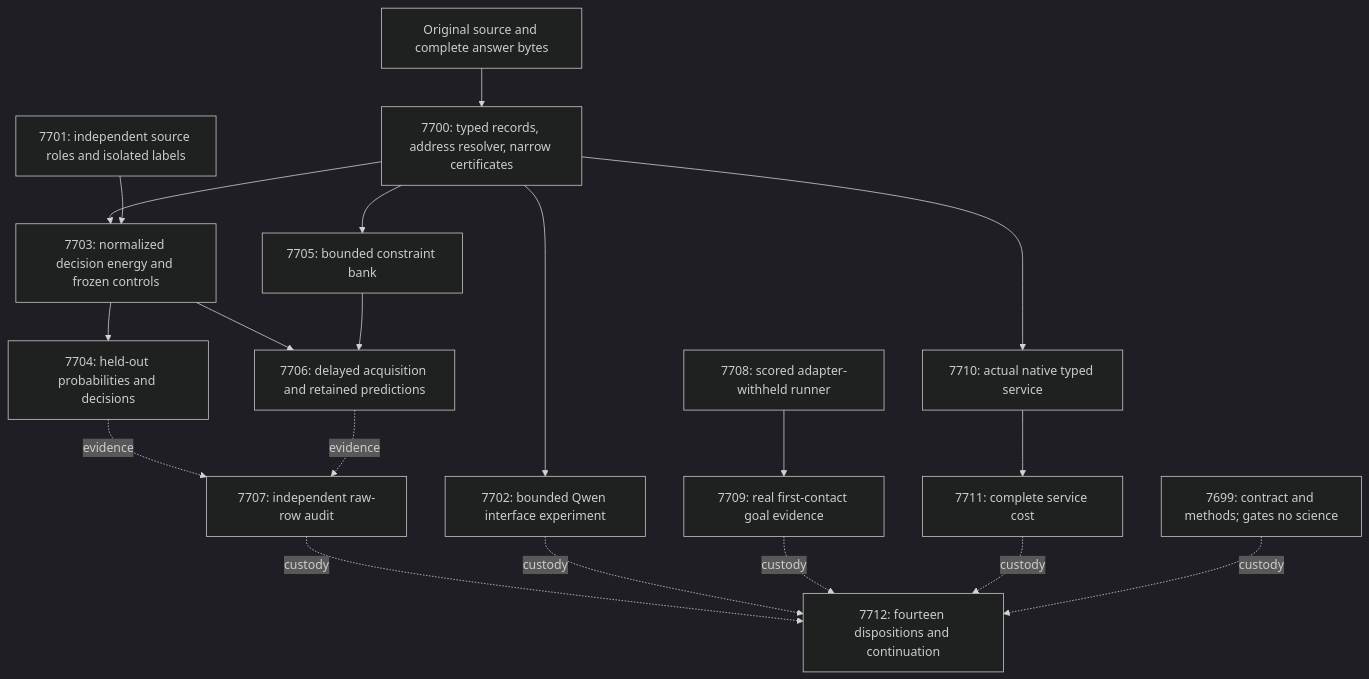
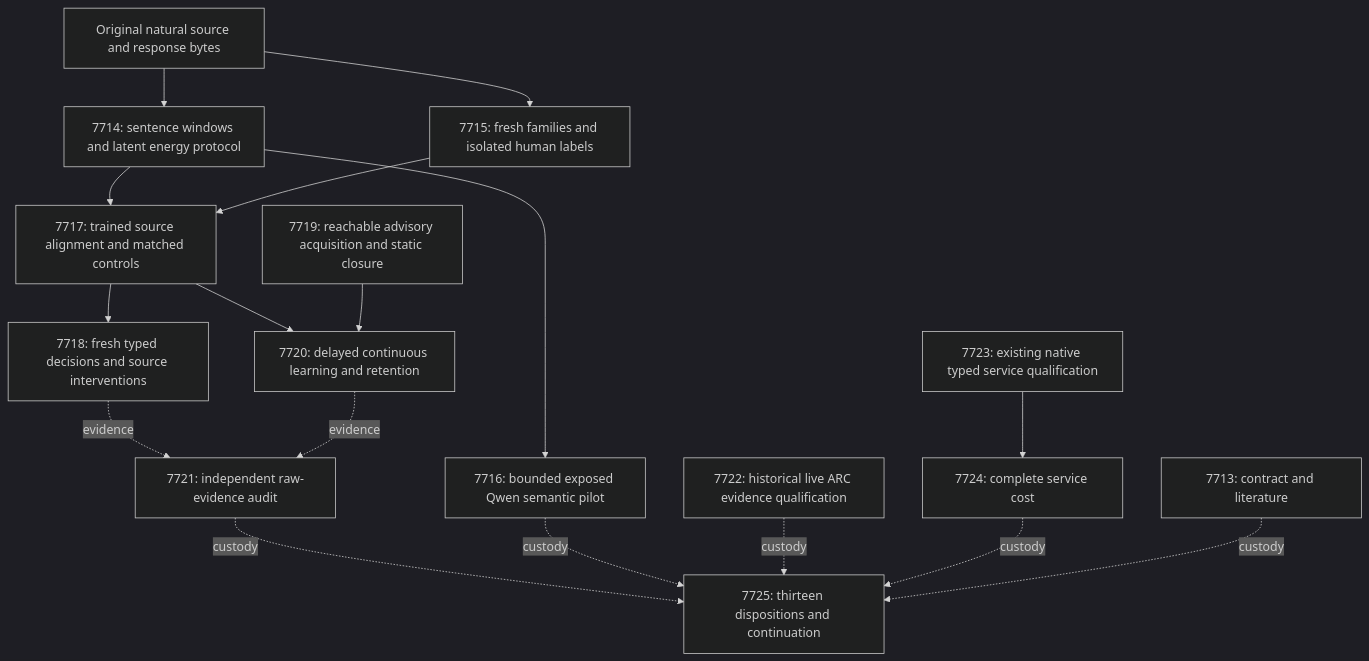
Before and after one commit to Carnot-EBM/carnot-ebm: the diagram in openspec/change-proposals/research-roadmap-vNEXT.md, drawn with Mermaid (dark theme). The commit also changed other lines of this file and 16 other files, not shown here.

````diff
--- a/openspec/change-proposals/research-roadmap-vNEXT.md
+++ b/openspec/change-proposals/research-roadmap-vNEXT.md
@@ -114,33 +85,31 @@
 ```mermaid
 flowchart TD
-    S[Original source and complete answer bytes]
-    R[7700: typed records, address resolver, narrow certificates]
-    C[7701: independent source roles and isolated labels]
-    Q[7702: bounded Qwen interface experiment]
-    E[7703: normalized decision energy and frozen controls]
-    D[7704: held-out probabilities and decisions]
-    B[7705: bounded constraint bank]
-    L[7706: delayed acquisition and retained predictions]
-    A[7707: independent raw-row audit]
-    U[7708: scored adapter-withheld runner]
-    V[7709: real first-contact goal evidence]
-    N[7710: actual native typed service]
-    T[7711: complete service cost]
-    K[7712: fourteen dispositions and continuation]
-    S --> R
-    R --> Q
-    R --> E
+    S[Original natural source and response bytes]
+    P[7714: sentence windows and latent energy protocol]
+    C[7715: fresh families and isolated human labels]
+    Q[7716: bounded exposed Qwen semantic pilot]
+    E[7717: trained source alignment and matched controls]
+    D[7718: fresh typed decisions and source interventions]
+    B[7719: reachable advisory acquisition and static closure]
+    L[7720: delayed continuous learning and retention]
+    A[7721: independent raw-evidence audit]
+    R[7722: historical live ARC evidence qualification]
+    N[7723: existing native typed service qualification]
+    T[7724: complete service cost]
+    K[7725: thirteen dispositions and continuation]
+    S --> P
+    S --> C
+    P --> Q
+    P --> E
     C --> E --> D
-    R --> B
     E --> L
     B --> L
     D -. evidence .-> A
     L -. evidence .-> A
-    U --> V
-    R --> N --> T
+    N --> T
     A -. custody .-> K
     Q -. custody .-> K
-    V -. custody .-> K
+    R -. custody .-> K
     T -. custody .-> K
-    M[7699: contract and methods; gates no science] -. custody .-> K
+    M[7713: contract and literature] -. custody .-> K
 ```
````
